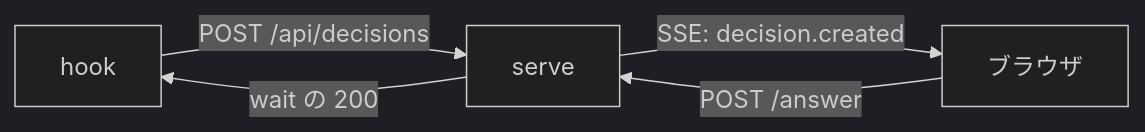
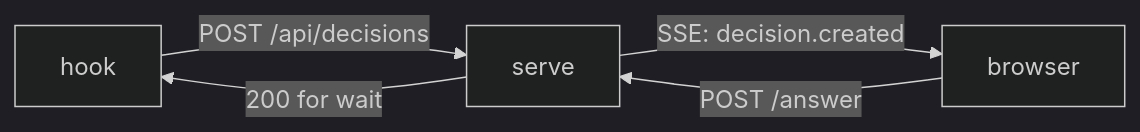
One commit to Asugawara/ukagai changed the diagram in test/explain-fixtures/fail-cell-long.md. Above: the diagram before and after it, drawn with Mermaid (dark theme). The commit also changed other lines of this file and 37 other files, not shown here.

````diff
--- a/test/explain-fixtures/fail-cell-long.md
+++ b/test/explain-fixtures/fail-cell-long.md
@@ -27,7 +27,7 @@
 ```mermaid
 flowchart LR
   H[hook] -->|POST /api/decisions| S[serve]
-  S -->|SSE: decision.created| B[ブラウザ]
+  S -->|SSE: decision.created| B[browser]
   B -->|POST /answer| S
-  S -->|wait の 200| H
+  S -->|200 for wait| H
 ```
````
